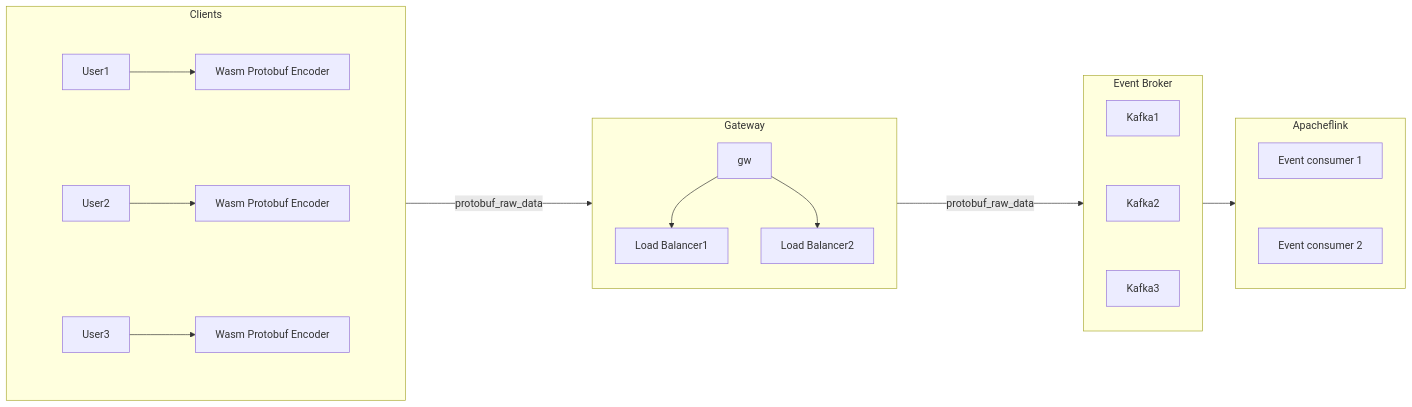
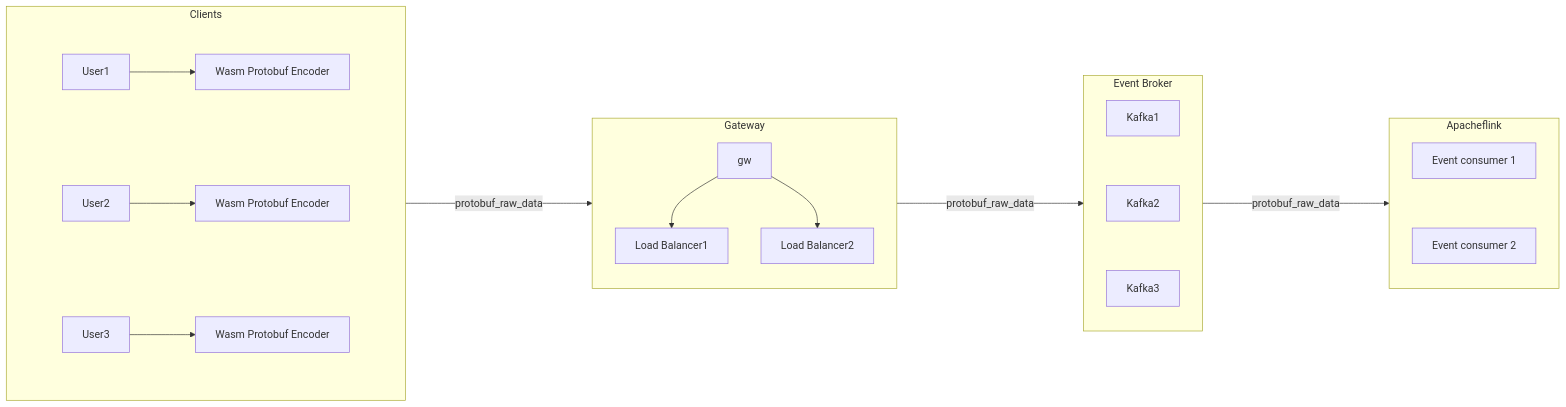
Before and after one commit to arupKumarGupta/arrogant-professor: the diagram in weeks/week-01-scalability-edge/submission.md, drawn with Mermaid.

Commit message:
fix: started mermaid

````diff
--- a/weeks/week-01-scalability-edge/submission.md
+++ b/weeks/week-01-scalability-edge/submission.md
@@ -22,64 +22,64 @@
 ```mermaid
 flowchart LR
         subgraph client [Clients]
             direction TB
             
             subgraph r1 [ ]
                 direction LR
                 User1 --> wasm_enc1[Wasm Protobuf Encoder]
             end
 
             subgraph r2 [ ]
                 direction LR
                 User2 --> wasm_enc2[Wasm Protobuf Encoder]
             end
             
             subgraph r3 [ ]
                 direction LR
                 User3 --> wasm_enc3[Wasm Protobuf Encoder]
             end
             
             %% Corrected: Linked row containers instead of inner nodes, broken into pairs
             r1 ~~~ r2
             r2 ~~~ r3
         end
 
         subgraph Gateway
             direction TB
             gw
             Lb1[Load Balancer1]
             Lb2[Load Balancer2]
             
             gw --> Lb1 & Lb2
         end
 
         subgraph eb [Event Broker]
             direction TB
             k1[Kafka1]
             k2[Kafka2]
             k3[Kafka3]
             
             %% Corrected: Broken down into independent pairs to avoid engine panic
             k1 ~~~ k2
             k2 ~~~ k3
         end        
 
         subgraph Apacheflink
             f1[Event consumer 1]
             f2[Event consumer 2]
             f1 ~~~ f2
         end
 
 
     %% Clean mapping for multi-node outputs to ensure linear tracking
     client -- protobuf_raw_data ----> gw
 
     
-    gw -- protobuf_raw_data ----> eb --> Apacheflink
+    gw -- protobuf_raw_data ----> eb --protobuf_raw_data----> Apacheflink
 
 
     %% Clean up the border lines around your invisible user row wrappers
     style r1 fill:none,stroke:none;
     style r2 fill:none,stroke:none;
     style r3 fill:none,stroke:none;
 ```
````
